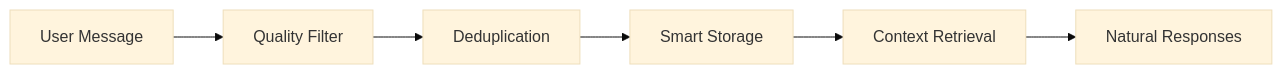
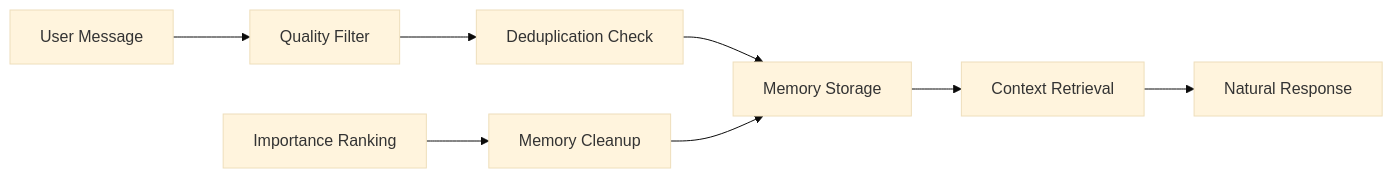
Before and after one commit to qbit-codes/cloneme: the second of 3 diagrams in README.md, drawn with Mermaid (base theme). The commit also changed other lines of this file, not shown here.

````diff
--- a/README.md
+++ b/README.md
@@ -637,8 +256,11 @@
 ```mermaid
 graph LR
     A[User Message] --> B[Quality Filter]
-    B --> C[Deduplication]
-    C --> D[Smart Storage]
+    B --> C[Deduplication Check]
+    C --> D[Memory Storage]
     D --> E[Context Retrieval]
-    E --> F[Natural Responses]
+    E --> F[Natural Response]
+    
+    G[Memory Cleanup] --> D
+    H[Importance Ranking] --> G
 ```
````
